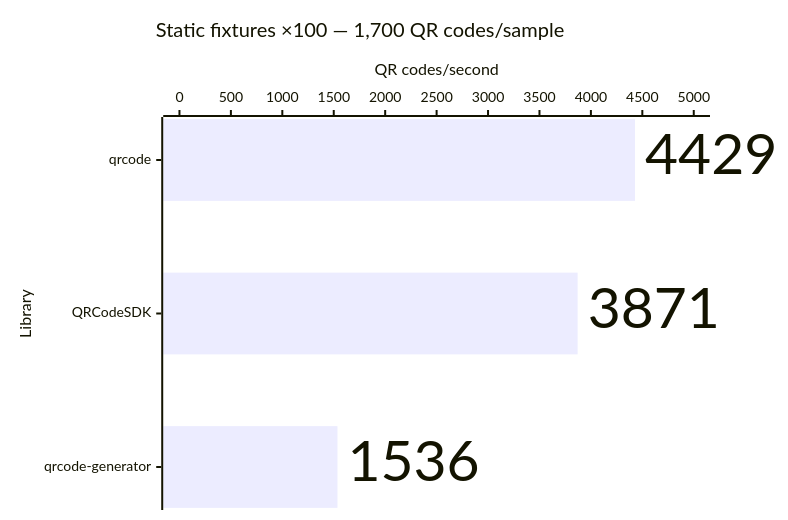
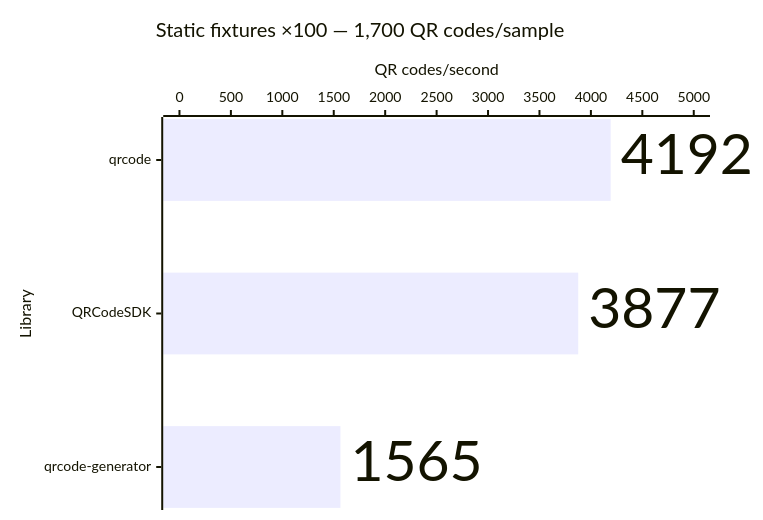
The tenth of 14 diagrams in apps/docs/src/content/docs/learn/performance.md (Dafnik/qrcodesdk), drawn with Mermaid before and after one commit. The commit also changed other lines of this file, not shown here.

````diff
--- a/apps/docs/src/content/docs/learn/performance.md
+++ b/apps/docs/src/content/docs/learn/performance.md
@@ -214,15 +214,15 @@
 ```mermaid
 ---
 config:
   xyChart:
     showDataLabel: true
     showDataLabelOutsideBar: true
 ---
 xychart horizontal
   accTitle: SVG generation: Static fixtures ×100 — 1,700 QR codes/sample
-  accDescr: Throughput calculated from median time. qrcode 4,429 QR codes per second, QRCodeSDK 3,871 QR codes per second, qrcode-generator 1,536 QR codes per second. Higher is better.
+  accDescr: Throughput calculated from median time. qrcode 4,192 QR codes per second, QRCodeSDK 3,877 QR codes per second, qrcode-generator 1,565 QR codes per second. Higher is better.
   title "Static fixtures ×100 — 1,700 QR codes/sample"
   x-axis "Library" ["qrcode", "QRCodeSDK", "qrcode-generator"]
   y-axis "QR codes/second" 0 --> 5000
-  bar [4429, 3871, 1536]
+  bar [4192, 3877, 1565]
 ```
````
